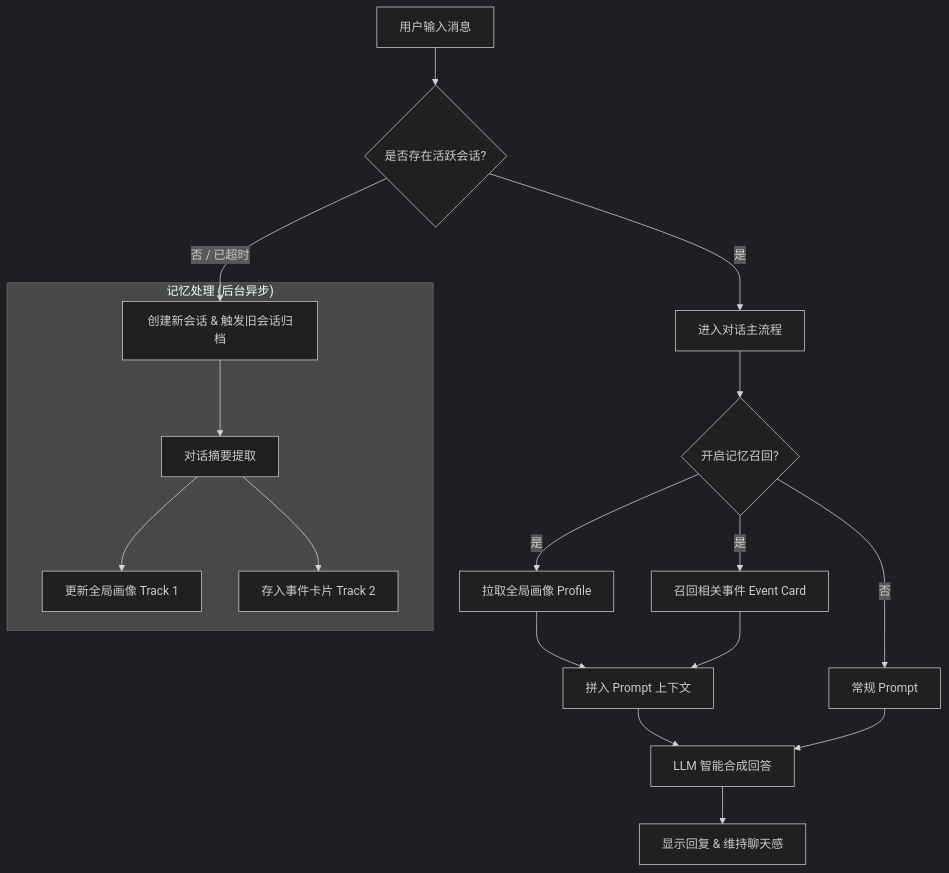
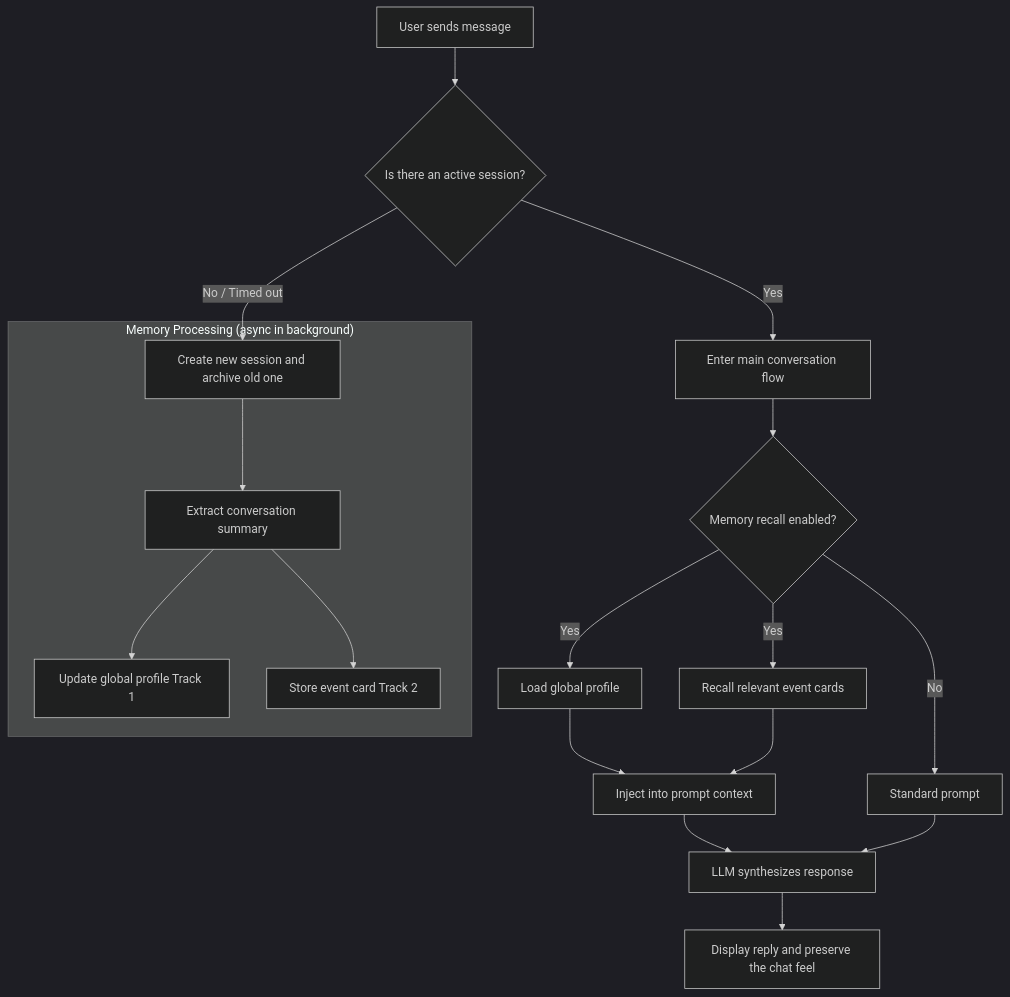
The diagram in README.md (0000005/WeAgentChat), drawn with Mermaid (dark theme) before and after one commit. The commit also changed other lines of this file and 1 other file, not shown here.

````diff
--- a/README.md
+++ b/README.md
@@ -159,21 +160,21 @@
 ```mermaid
 graph TD
-    A[用户输入消息] --> B{是否存在活跃会话?}
-    B -- 否 / 已超时 --> C[创建新会话 & 触发旧会话归档]
-    B -- 是 --> D[进入对话主流程]
+    A[User sends message] --> B{Is there an active session?}
+    B -- No / Timed out --> C[Create new session and archive old one]
+    B -- Yes --> D[Enter main conversation flow]
     
-    subgraph "记忆处理 (后台异步)"
-    C --> E[对话摘要提取]
-    E --> F1[更新全局画像 Track 1]
-    E --> F2[存入事件卡片 Track 2]
+    subgraph "Memory Processing (async in background)"
+    C --> E[Extract conversation summary]
+    E --> F1[Update global profile Track 1]
+    E --> F2[Store event card Track 2]
     end
     
-    D --> G{开启记忆召回?}
-    G -- 是 --> H1[拉取全局画像 Profile]
-    G -- 是 --> H2[召回相关事件 Event Card]
-    H1 & H2 --> I[拼入 Prompt 上下文]
-    G -- 否 --> J[常规 Prompt]
+    D --> G{Memory recall enabled?}
+    G -- Yes --> H1[Load global profile]
+    G -- Yes --> H2[Recall relevant event cards]
+    H1 & H2 --> I[Inject into prompt context]
+    G -- No --> J[Standard prompt]
     
-    I & J --> K[LLM 智能合成回答]
-    K --> L[显示回复 & 维持聊天感]
+    I & J --> K[LLM synthesizes response]
+    K --> L[Display reply and preserve the chat feel]
 ```
````
